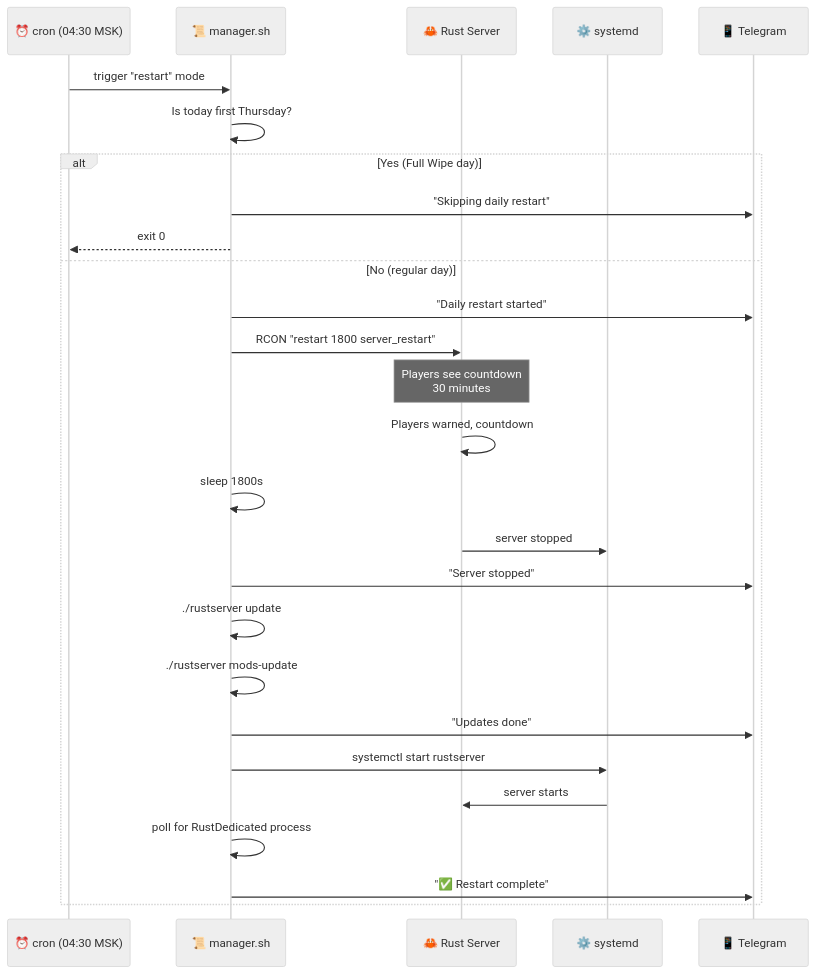
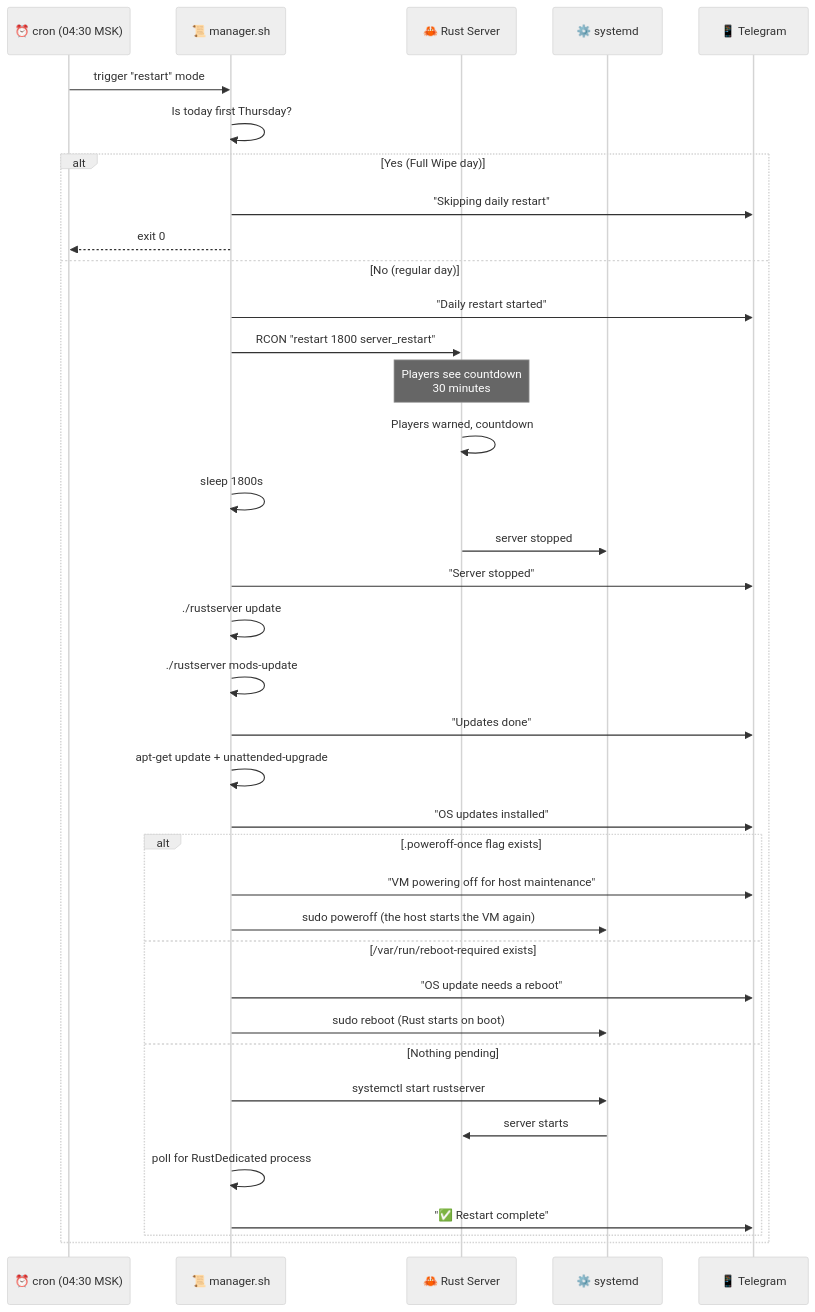
The second of 4 diagrams in README.md (wobujidao/rust-wipe-manager), drawn with Mermaid (neutral theme) before and after one commit. The commit also changed other lines of this file and 1 other file, not shown here.

Commit message:
docs: OS maintenance, post-boot, power-off flag, seed rotation, fullwipe-now

````diff
--- a/README.md
+++ b/README.md
@@ -101,30 +110,40 @@
 ```mermaid
 sequenceDiagram
     participant C as ⏰ cron (04:30 MSK)
     participant M as 📜 manager.sh
     participant R as 🦀 Rust Server
     participant S as ⚙️ systemd
     participant T as 📱 Telegram
 
     C->>M: trigger "restart" mode
     M->>M: Is today first Thursday?
     alt Yes (Full Wipe day)
         M->>T: "Skipping daily restart"
         M-->>C: exit 0
     else No (regular day)
         M->>T: "Daily restart started"
         M->>R: RCON "restart 1800 server_restart"
         Note over R: Players see countdown<br/>30 minutes
         R->>R: Players warned, countdown
         M->>M: sleep 1800s
         R->>S: server stopped
         M->>T: "Server stopped"
         M->>M: ./rustserver update
         M->>M: ./rustserver mods-update
         M->>T: "Updates done"
-        M->>S: systemctl start rustserver
-        S->>R: server starts
-        M->>M: poll for RustDedicated process
-        M->>T: "✅ Restart complete"
+        M->>M: apt-get update + unattended-upgrade
+        M->>T: "OS updates installed"
+        alt .poweroff-once flag exists
+            M->>T: "VM powering off for host maintenance"
+            M->>S: sudo poweroff (the host starts the VM again)
+        else /var/run/reboot-required exists
+            M->>T: "OS update needs a reboot"
+            M->>S: sudo reboot (Rust starts on boot)
+        else Nothing pending
+            M->>S: systemctl start rustserver
+            S->>R: server starts
+            M->>M: poll for RustDedicated process
+            M->>T: "✅ Restart complete"
+        end
     end
 ```
````
